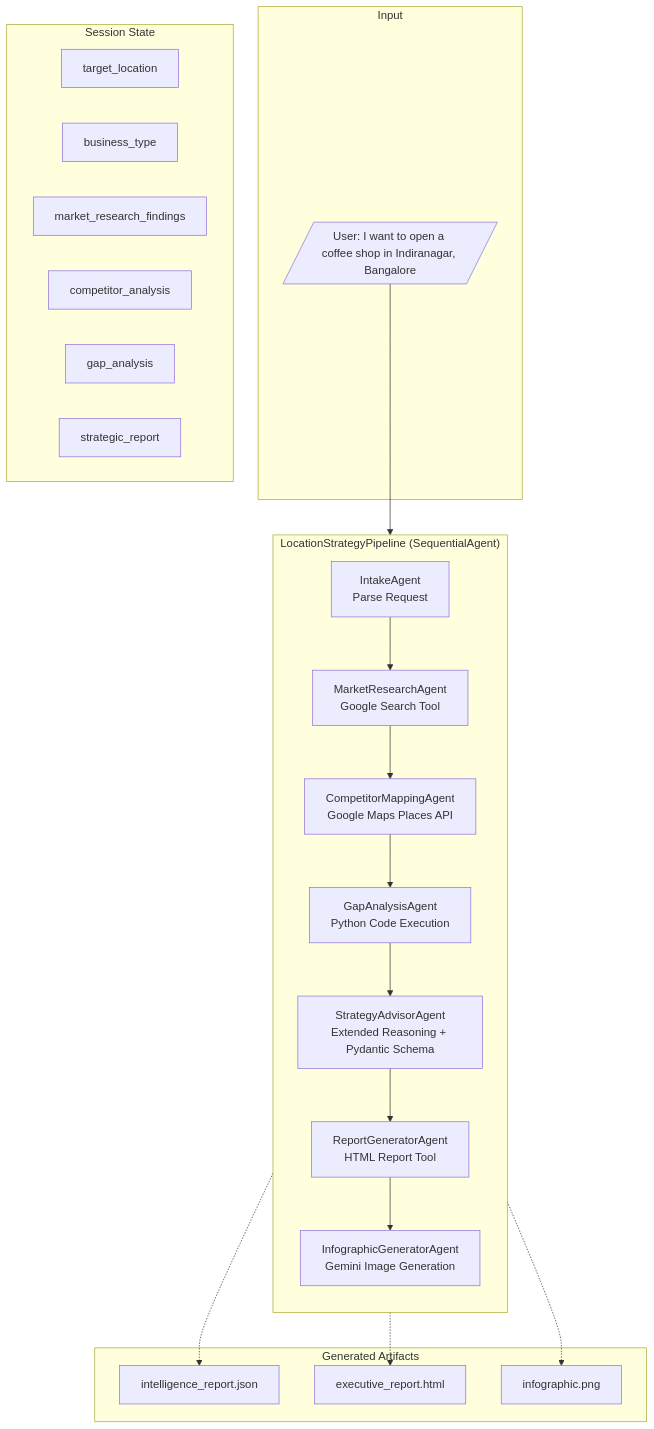
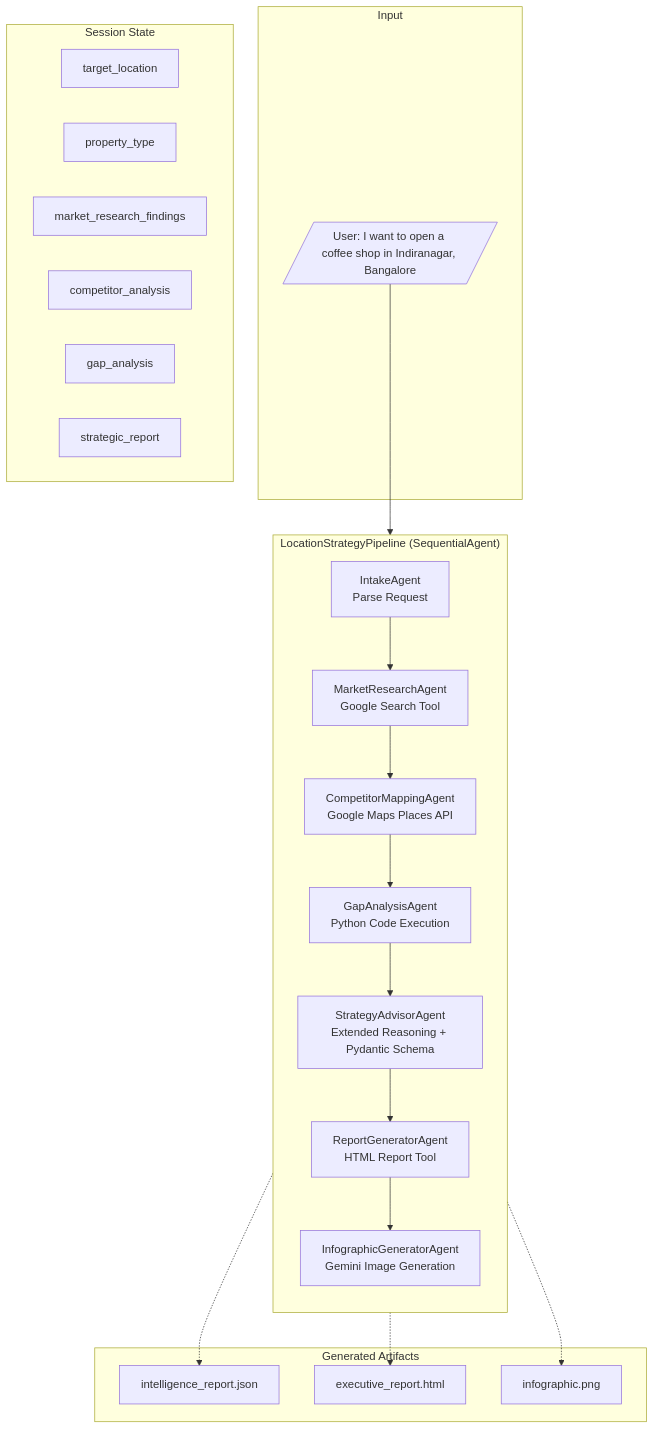
One commit to kepungnzai/property-purchase-strategy-agent changed the diagram in DEVELOPER_GUIDE.md. Above: the diagram before and after it, drawn with Mermaid. The commit also changed other lines of this file and 14 other files, not shown here.

Commit message:
update the focus from business to property type

````diff
--- a/DEVELOPER_GUIDE.md
+++ b/DEVELOPER_GUIDE.md
@@ -61,39 +61,39 @@
 ```mermaid
 flowchart TB
     subgraph Input
         U[/"User: I want to open a coffee shop in Indiranagar, Bangalore"/]
     end
 
     subgraph Pipeline["LocationStrategyPipeline (SequentialAgent)"]
         direction TB
         A0["IntakeAgent<br/>Parse Request"]
         A1["MarketResearchAgent<br/>Google Search Tool"]
         A2["CompetitorMappingAgent<br/>Google Maps Places API"]
         A3["GapAnalysisAgent<br/>Python Code Execution"]
         A4["StrategyAdvisorAgent<br/>Extended Reasoning + Pydantic Schema"]
         A5["ReportGeneratorAgent<br/>HTML Report Tool"]
         A6["InfographicGeneratorAgent<br/>Gemini Image Generation"]
 
         A0 --> A1 --> A2 --> A3 --> A4 --> A5 --> A6
     end
 
     subgraph State["Session State"]
         S1["target_location"]
-        S2["business_type"]
+        S2["property_type"]
         S3["market_research_findings"]
         S4["competitor_analysis"]
         S5["gap_analysis"]
         S6["strategic_report"]
     end
 
     subgraph Artifacts["Generated Artifacts"]
         O1["intelligence_report.json"]
         O2["executive_report.html"]
         O3["infographic.png"]
     end
 
     U --> A0
     A4 -.-> O1
     A5 -.-> O2
     A6 -.-> O3
 ```
````
